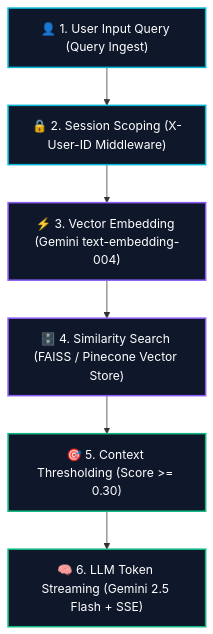
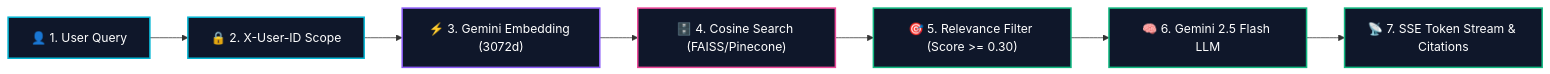
The diagram in README.md (Ganu39/NexusAI_RAG_ChatBot), drawn with Mermaid before and after one commit. The commit also changed other lines of this file, not shown here.

Commit message:
docs: update RAG Pipeline Workflow to horizontal flowchart LR layout and 7-stage matrix

````diff
--- a/README.md
+++ b/README.md
@@ -26,12 +26,14 @@
 ```mermaid
-flowchart TD
+flowchart LR
     classDef cyanNode fill:#0f172a,stroke:#06b6d4,stroke-width:2px,color:#fff;
     classDef purpleNode fill:#0f172a,stroke:#8b5cf6,stroke-width:2px,color:#fff;
+    classDef pinkNode fill:#0f172a,stroke:#ec4899,stroke-width:2px,color:#fff;
     classDef emeraldNode fill:#0f172a,stroke:#10b981,stroke-width:2px,color:#fff;
 
-    A["👤 1. User Input Query (Query Ingest)"]:::cyanNode --> B["🔒 2. Session Scoping (X-User-ID Middleware)"]:::cyanNode
-    B --> C["⚡ 3. Vector Embedding (Gemini text-embedding-004)"]:::purpleNode
-    C --> D["🗄️ 4. Similarity Search (FAISS / Pinecone Vector Store)"]:::purpleNode
-    D --> E["🎯 5. Context Thresholding (Score >= 0.30)"]:::emeraldNode
-    E --> F["🧠 6. LLM Token Streaming (Gemini 2.5 Flash + SSE)"]:::emeraldNode
+    A["👤 1. User Query"]:::cyanNode --> B["🔒 2. X-User-ID Scope"]:::cyanNode
+    B --> C["⚡ 3. Gemini Embedding (3072d)"]:::purpleNode
+    C --> D["🗄️ 4. Cosine Search (FAISS/Pinecone)"]:::pinkNode
+    D --> E["🎯 5. Relevance Filter (Score >= 0.30)"]:::emeraldNode
+    E --> F["🧠 6. Gemini 2.5 Flash LLM"]:::emeraldNode
+    F --> G["📡 7. SSE Token Stream & Citations"]:::emeraldNode
 ```
````
